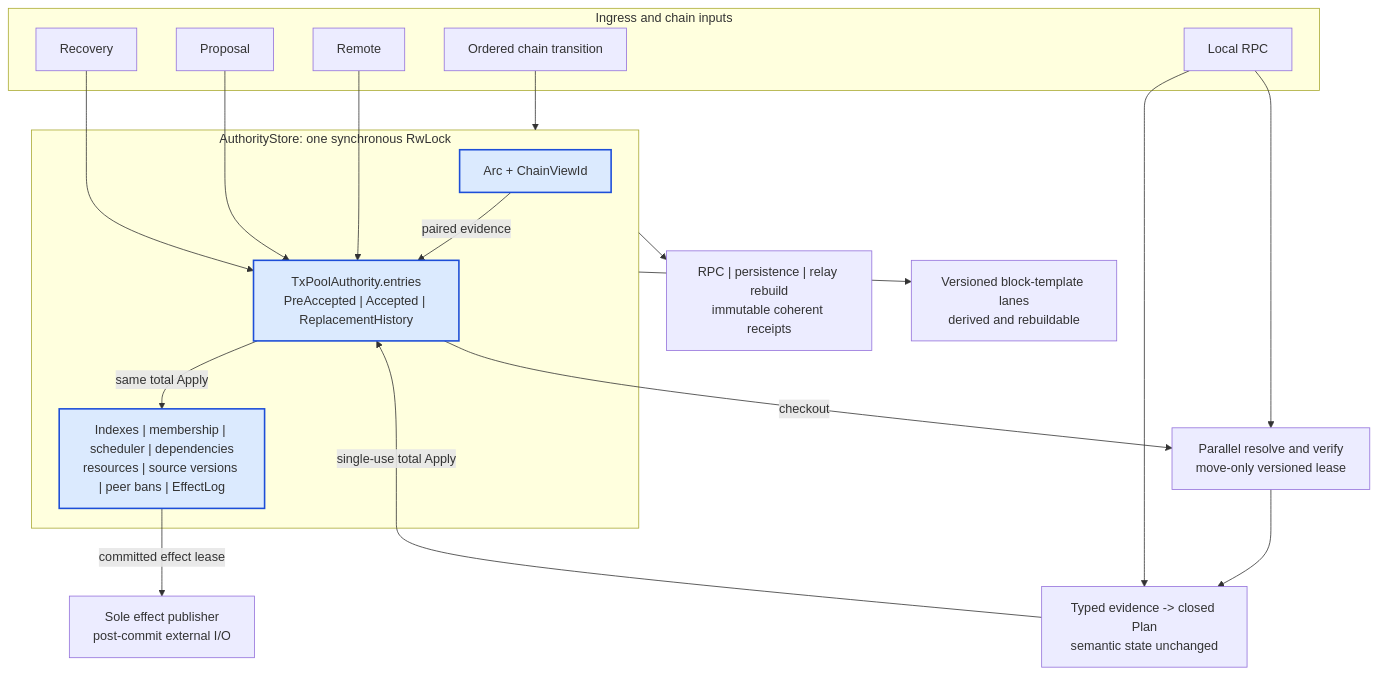
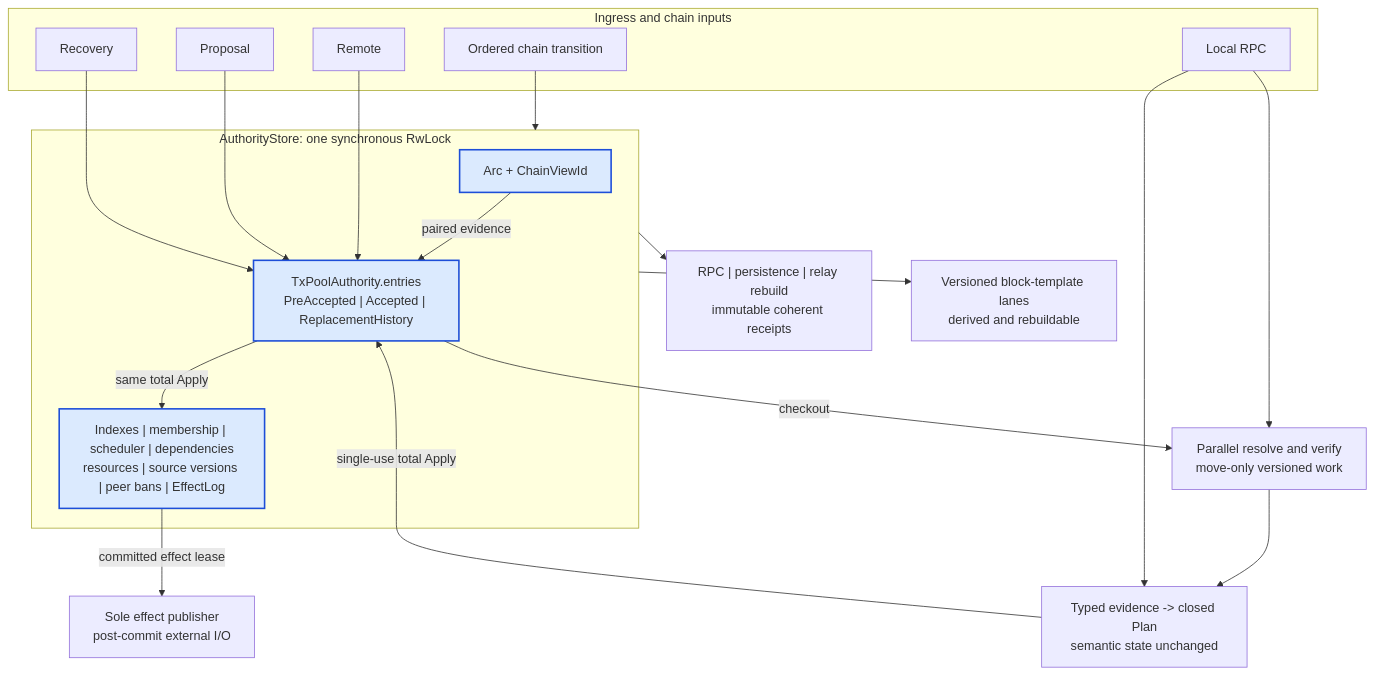
Before and after one commit to nervosnetwork/ckb: the first of 3 diagrams in tx-pool/docs/ARCHITECTURE.md, drawn with Mermaid. The commit also changed other lines of this file and 31 other files, not shown here.

Commit message:
tx-pool: close architecture adjudication

````diff
--- a/tx-pool/docs/ARCHITECTURE.md
+++ b/tx-pool/docs/ARCHITECTURE.md
@@ -34,40 +35,40 @@
 ```mermaid
 flowchart TB
     subgraph Inputs["Ingress and chain inputs"]
         Remote["Remote"]
         Proposal["Proposal"]
         Recovery["Recovery"]
         Local["Local RPC"]
         Chain["Ordered chain transition"]
     end
 
     subgraph Store["AuthorityStore: one synchronous RwLock"]
         Snapshot["Arc<Snapshot> + ChainViewId"]
         Owners["TxPoolAuthority.entries<br/>PreAccepted | Accepted | ReplacementHistory"]
         Derived["Indexes | membership | scheduler | dependencies<br/>resources | source versions | peer bans | EffectLog"]
         Owners -->|"same total Apply"| Derived
         Snapshot -->|"paired evidence"| Owners
     end
 
-    Compute["Parallel resolve and verify<br/>move-only versioned lease"]
+    Compute["Parallel resolve and verify<br/>move-only versioned work"]
     Plan["Typed evidence -> closed Plan<br/>semantic state unchanged"]
     Effects["Sole effect publisher<br/>post-commit external I/O"]
     Reads["RPC | persistence | relay rebuild<br/>immutable coherent receipts"]
     Template["Versioned block-template lanes<br/>derived and rebuildable"]
 
     Remote --> Owners
     Proposal --> Owners
     Recovery --> Owners
     Local --> Compute
     Chain --> Store
     Owners -->|"checkout"| Compute
     Compute --> Plan
     Local --> Plan
     Plan -->|"single-use total Apply"| Owners
     Derived -->|"committed effect lease"| Effects
     Store --> Reads
     Store --> Template
 
     classDef authority fill:#dbeafe,stroke:#1d4ed8,stroke-width:2px;
     class Owners,Derived,Snapshot authority;
 ```
````
